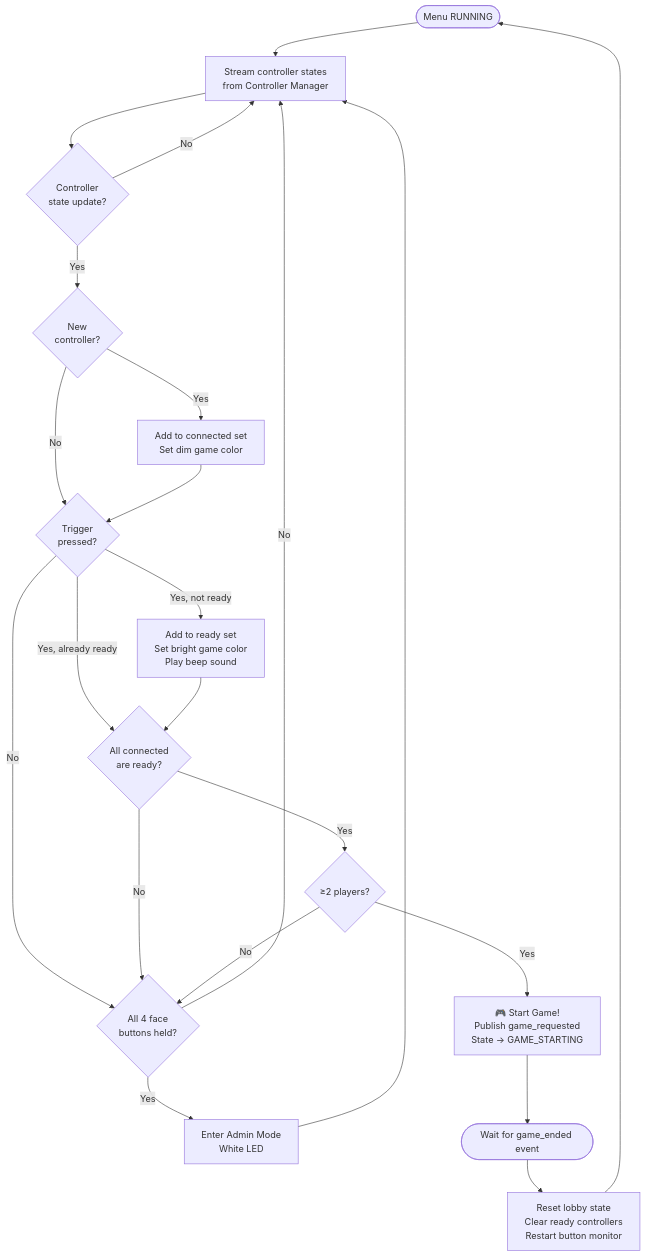
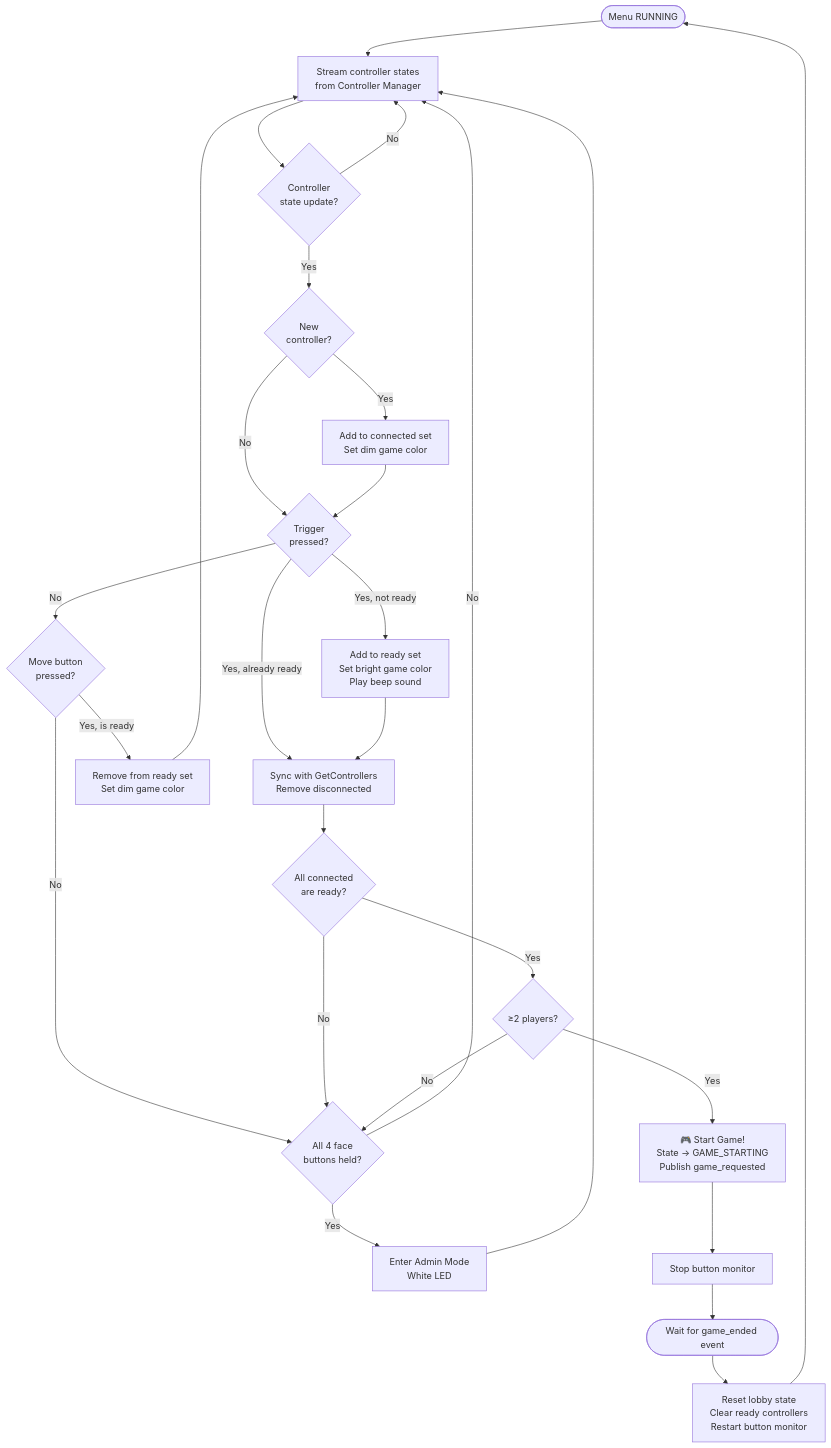
The fourth of 5 diagrams in services/menu/README.md (adangert/JoustMania), drawn with Mermaid before and after one commit. The commit also changed other lines of this file and 1 other file, not shown here.

First line of the commit message:
feat(menu): Add disconnect handling and Move button to un-ready

````diff
--- a/services/menu/README.md
+++ b/services/menu/README.md
@@ -230,33 +229,40 @@
 ```mermaid
 flowchart TD
     Start([Menu RUNNING]) --> Stream[Stream controller states<br/>from Controller Manager]
 
     Stream --> Update{Controller<br/>state update?}
     Update -->|No| Stream
     Update -->|Yes| NewCtrl{New<br/>controller?}
 
     NewCtrl -->|Yes| AddConnected[Add to connected set<br/>Set dim game color]
     NewCtrl -->|No| CheckTrigger{Trigger<br/>pressed?}
 
     AddConnected --> CheckTrigger
 
     CheckTrigger -->|Yes, not ready| MarkReady[Add to ready set<br/>Set bright game color<br/>Play beep sound]
-    CheckTrigger -->|Yes, already ready| CheckAllReady
-    CheckTrigger -->|No| CheckAdminCombo
+    CheckTrigger -->|Yes, already ready| SyncControllers
+    CheckTrigger -->|No| CheckMove
 
-    MarkReady --> CheckAllReady{All connected<br/>are ready?}
+    CheckMove{Move button<br/>pressed?} -->|Yes, is ready| UnReady[Remove from ready set<br/>Set dim game color]
+    CheckMove -->|No| CheckAdminCombo
+    UnReady --> Stream
+
+    MarkReady --> SyncControllers[Sync with GetControllers<br/>Remove disconnected]
+
+    SyncControllers --> CheckAllReady{All connected<br/>are ready?}
 
     CheckAllReady -->|No| CheckAdminCombo
     CheckAllReady -->|Yes| CheckMinPlayers{≥2 players?}
 
     CheckMinPlayers -->|No| CheckAdminCombo
-    CheckMinPlayers -->|Yes| StartGame[🎮 Start Game!<br/>Publish game_requested<br/>State → GAME_STARTING]
+    CheckMinPlayers -->|Yes| StartGame[🎮 Start Game!<br/>State → GAME_STARTING<br/>Publish game_requested]
 
     CheckAdminCombo{All 4 face<br/>buttons held?} -->|Yes| EnterAdmin[Enter Admin Mode<br/>White LED]
     CheckAdminCombo -->|No| Stream
 
     EnterAdmin --> Stream
-    StartGame --> WaitEnd([Wait for game_ended event])
+    StartGame --> StopMonitor[Stop button monitor]
+    StopMonitor --> WaitEnd([Wait for game_ended event])
     WaitEnd --> ResetLobby[Reset lobby state<br/>Clear ready controllers<br/>Restart button monitor]
     ResetLobby --> Start
 ```
````
